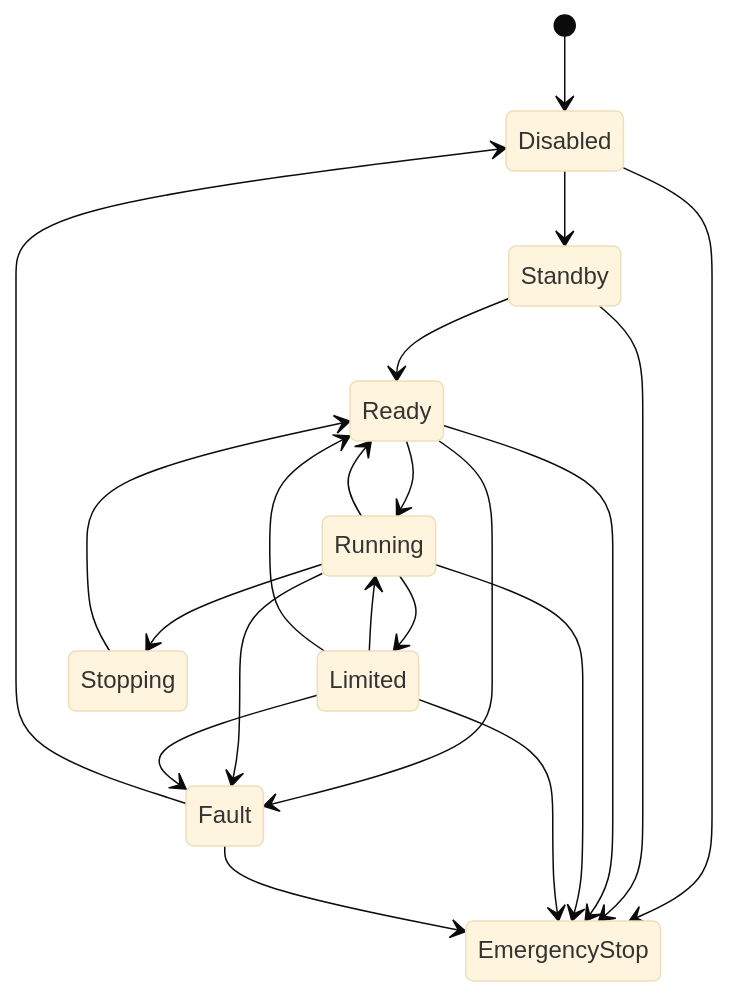
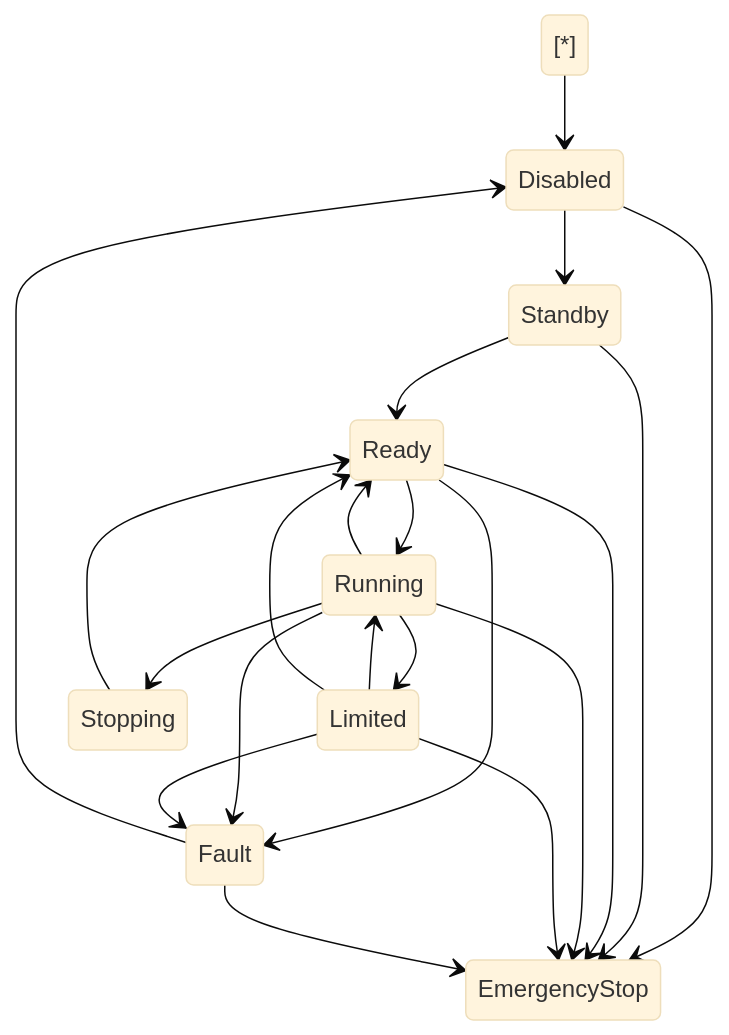
The third of 5 diagrams in docs/design_subsystem/Actuator/spec/README.md (Packnman/ai-cpp-from-scratch), drawn with Mermaid (base theme) before and after one commit. The commit also changed other lines of this file and 219 other files, not shown here.

````diff
--- a/docs/design_subsystem/Actuator/spec/README.md
+++ b/docs/design_subsystem/Actuator/spec/README.md
@@ -265,28 +273,23 @@
 ```mermaid
 stateDiagram-v2
-    [*] --> Disabled
-    Disabled --> Standby
-    Standby --> Ready
-    Ready --> Running
-    Running --> Ready
-
-    Running --> Limited
-    Limited --> Running
-    Limited --> Ready
-
-    Running --> Stopping
-    Stopping --> Ready
-
-    Ready --> Fault
-    Running --> Fault
-    Limited --> Fault
-
-    Fault --> Disabled
-
-    Disabled --> EmergencyStop
-    Standby --> EmergencyStop
-    Ready --> EmergencyStop
-    Running --> EmergencyStop
-    Limited --> EmergencyStop
-    Fault --> EmergencyStop
+    [\*] --> Disabled
+    Disabled --> Standby
+    Standby --> Ready
+    Ready --> Running
+    Running --> Ready
+    Running --> Limited
+    Limited --> Running
+    Limited --> Ready
+    Running --> Stopping
+    Stopping --> Ready
+    Ready --> Fault
+    Running --> Fault
+    Limited --> Fault
+    Fault --> Disabled
+    Disabled --> EmergencyStop
+    Standby --> EmergencyStop
+    Ready --> EmergencyStop
+    Running --> EmergencyStop
+    Limited --> EmergencyStop
+    Fault --> EmergencyStop
 ```
````
